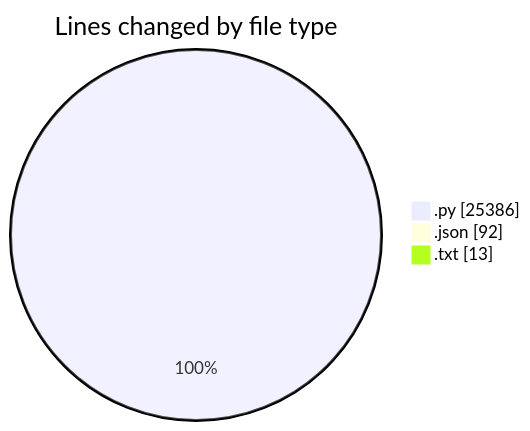
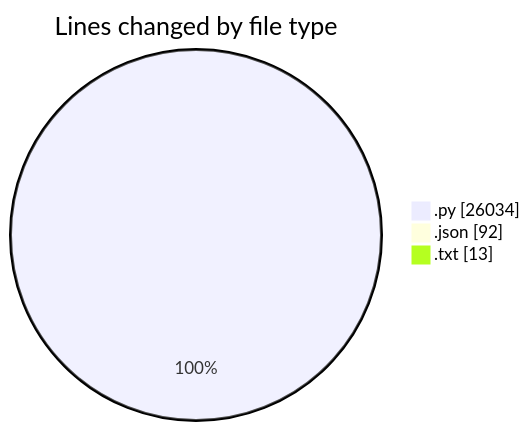
The first of 2 diagrams in 2025-07-13/telebot/README.md (jrari/code-tracking), drawn with Mermaid before and after one commit. The commit also changed other lines of this file and 1 other file, not shown here.

````diff
--- a/2025-07-13/telebot/README.md
+++ b/2025-07-13/telebot/README.md
@@ -62,7 +63,7 @@
 ```mermaid
 pie showData
 title Lines changed by file type
-".py" : 25386
+".py" : 26034
 ".json" : 92
 ".txt" : 13
 ```
````
